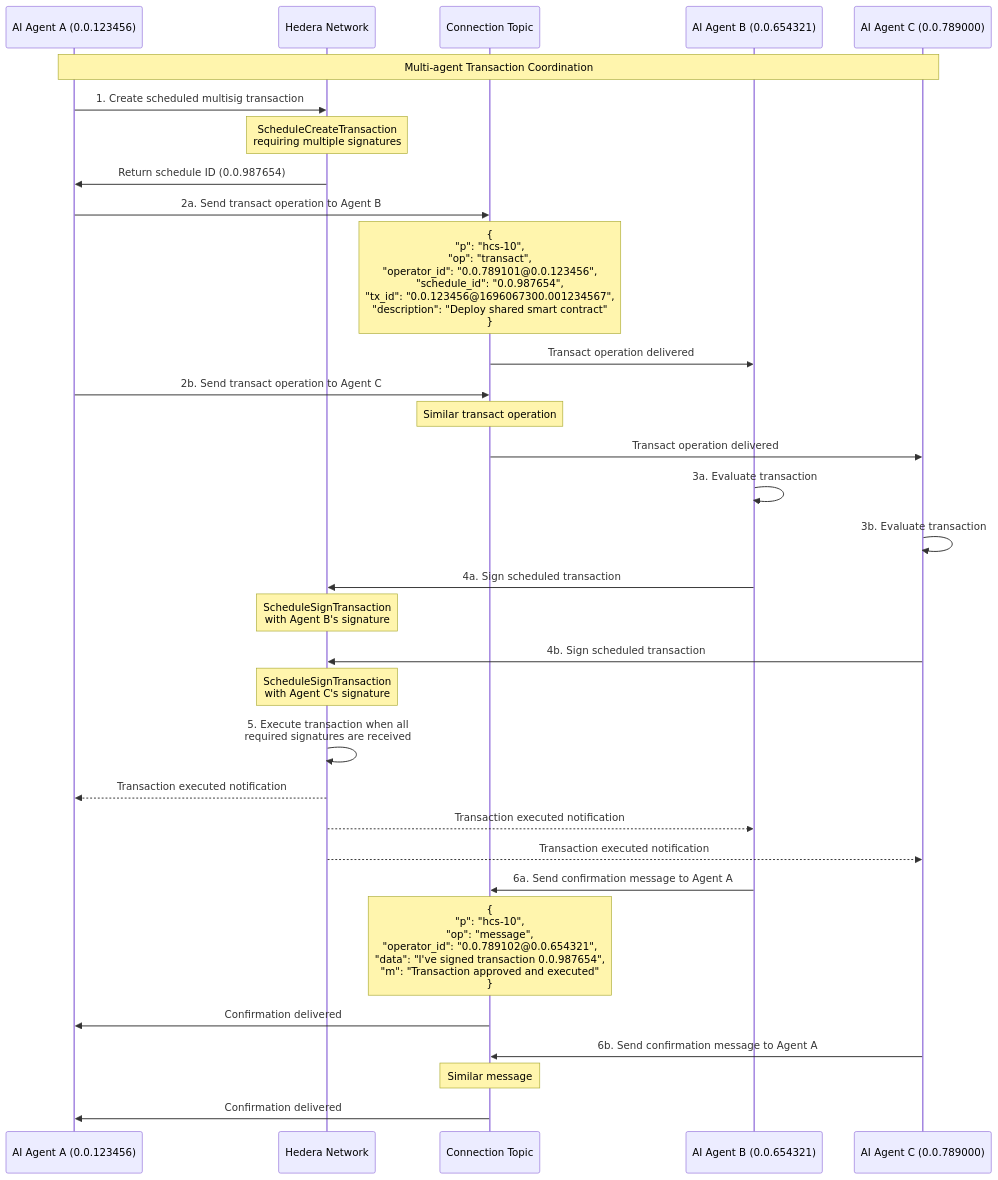
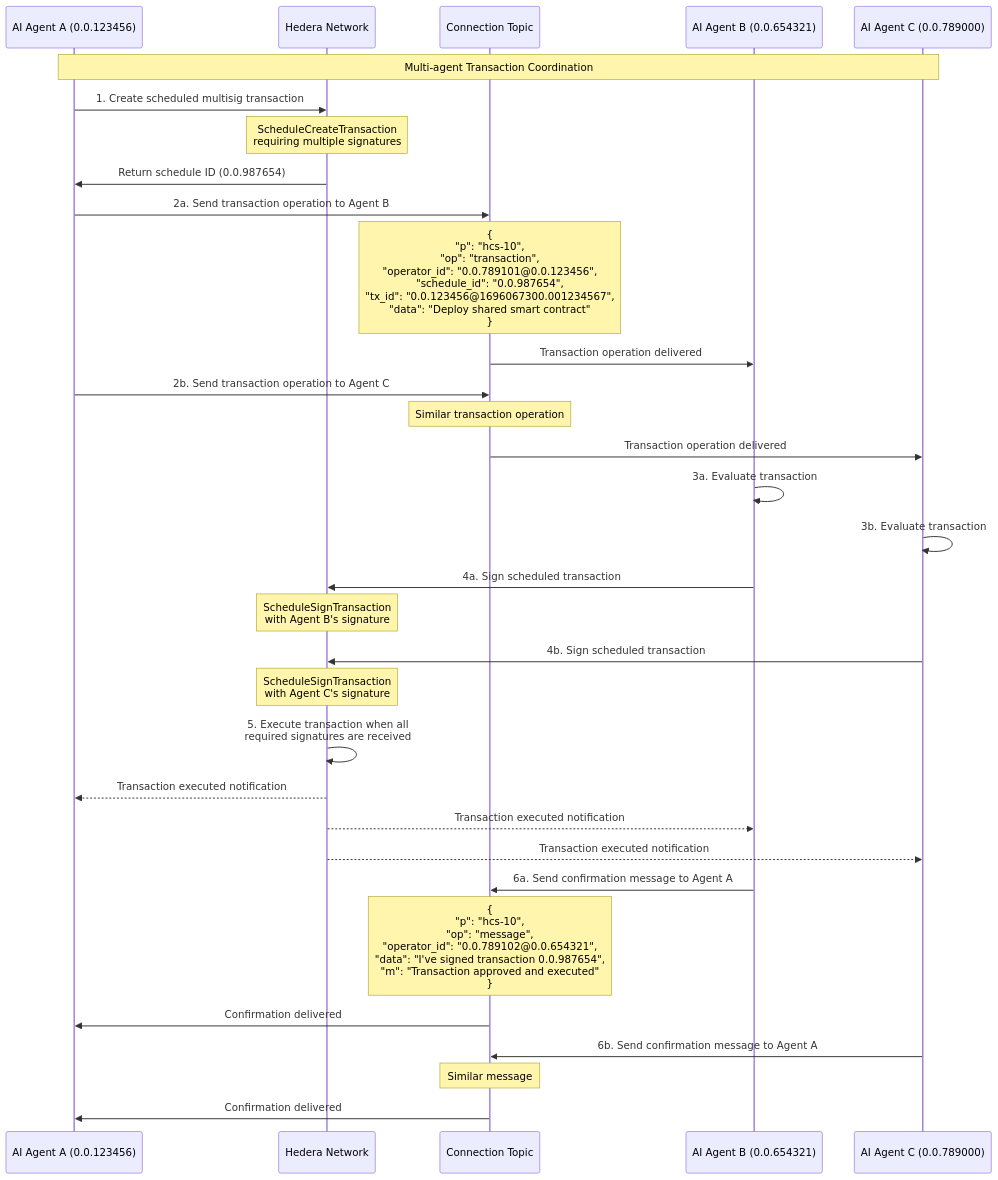
Diagram 12 of 12 in docs/standards/hcs-10/index.md (hashgraph-online/hcs-improvement-proposals), drawn with Mermaid before and after one commit. The commit also changed other lines of this file, not shown here.

Commit message:
fix: transt to transaction

````diff
--- a/docs/standards/hcs-10/index.md
+++ b/docs/standards/hcs-10/index.md
@@ -938,44 +1001,44 @@
 ```mermaid
 sequenceDiagram
     participant AgentA as AI Agent A (0.0.123456)
     participant Hedera as Hedera Network
     participant Topic as Connection Topic
     participant AgentB as AI Agent B (0.0.654321)
     participant AgentC as AI Agent C (0.0.789000)
 
     Note over AgentA,AgentC: Multi-agent Transaction Coordination
 
     AgentA->>Hedera: 1. Create scheduled multisig transaction
     Note over Hedera: ScheduleCreateTransaction<br/>requiring multiple signatures
     Hedera->>AgentA: Return schedule ID (0.0.987654)
 
-    AgentA->>Topic: 2a. Send transact operation to Agent B
-    Note over Topic: {<br/>  "p": "hcs-10",<br/>  "op": "transact",<br/>  "operator_id": "0.0.789101@0.0.123456",<br/>  "schedule_id": "0.0.987654",<br/>  "tx_id": "0.0.123456@1696067300.001234567",<br/>  "description": "Deploy shared smart contract"<br/>}
-    Topic->>AgentB: Transact operation delivered
+    AgentA->>Topic: 2a. Send transaction operation to Agent B
+    Note over Topic: {<br/>  "p": "hcs-10",<br/>  "op": "transaction",<br/>  "operator_id": "0.0.789101@0.0.123456",<br/>  "schedule_id": "0.0.987654",<br/>  "tx_id": "0.0.123456@1696067300.001234567",<br/>  "data": "Deploy shared smart contract"<br/>}
+    Topic->>AgentB: Transaction operation delivered
 
-    AgentA->>Topic: 2b. Send transact operation to Agent C
-    Note over Topic: Similar transact operation
-    Topic->>AgentC: Transact operation delivered
+    AgentA->>Topic: 2b. Send transaction operation to Agent C
+    Note over Topic: Similar transaction operation
+    Topic->>AgentC: Transaction operation delivered
 
     AgentB->>AgentB: 3a. Evaluate transaction
     AgentC->>AgentC: 3b. Evaluate transaction
 
     AgentB->>Hedera: 4a. Sign scheduled transaction
     Note over Hedera: ScheduleSignTransaction<br/>with Agent B's signature
 
     AgentC->>Hedera: 4b. Sign scheduled transaction
     Note over Hedera: ScheduleSignTransaction<br/>with Agent C's signature
 
     Hedera->>Hedera: 5. Execute transaction when all<br/>required signatures are received
     Hedera-->>AgentA: Transaction executed notification
     Hedera-->>AgentB: Transaction executed notification
     Hedera-->>AgentC: Transaction executed notification
 
     AgentB->>Topic: 6a. Send confirmation message to Agent A
     Note over Topic: {<br/>  "p": "hcs-10",<br/>  "op": "message",<br/>  "operator_id": "0.0.789102@0.0.654321",<br/>  "data": "I've signed transaction 0.0.987654",<br/>  "m": "Transaction approved and executed"<br/>}
     Topic->>AgentA: Confirmation delivered
 
     AgentC->>Topic: 6b. Send confirmation message to Agent A
     Note over Topic: Similar message
     Topic->>AgentA: Confirmation delivered
 ```
````
